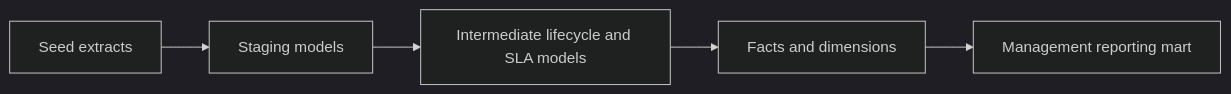
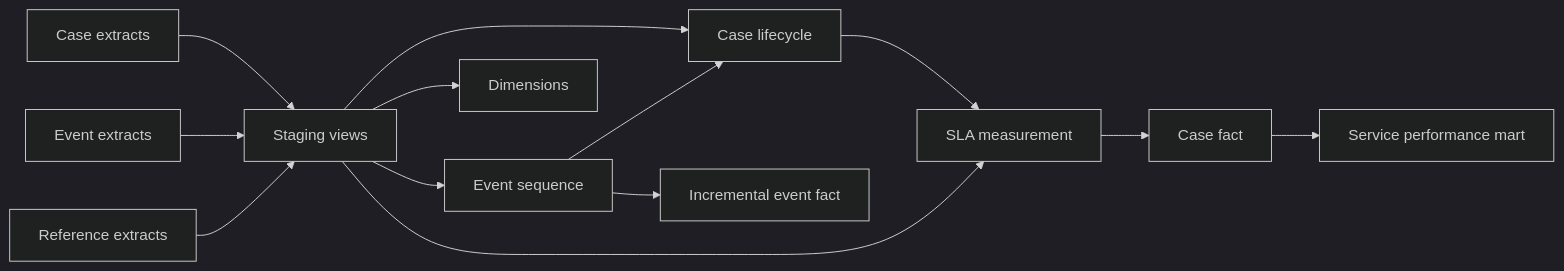
The diagram in README.md (quantameridian/analytics-engineering-service-mart), drawn with Mermaid (dark theme) before and after one commit. The commit also changed other lines of this file and 53 other files, not shown here.

Commit message:
Strengthen service mart engineering evidence

````diff
--- a/README.md
+++ b/README.md
@@ -78,7 +57,15 @@
 ```mermaid
 flowchart LR
-    A["Seed extracts"] --> B["Staging models"]
-    B --> C["Intermediate lifecycle and SLA models"]
-    C --> D["Facts and dimensions"]
-    D --> E["Management reporting mart"]
+    A["Case extracts"] --> B["Staging views"]
+    C["Event extracts"] --> B
+    D["Reference extracts"] --> B
+    B --> E["Event sequence"]
+    B --> F["Case lifecycle"]
+    E --> F
+    F --> G["SLA measurement"]
+    B --> G
+    G --> H["Case fact"]
+    E --> I["Incremental event fact"]
+    B --> J["Dimensions"]
+    H --> K["Service performance mart"]
 ```
````
